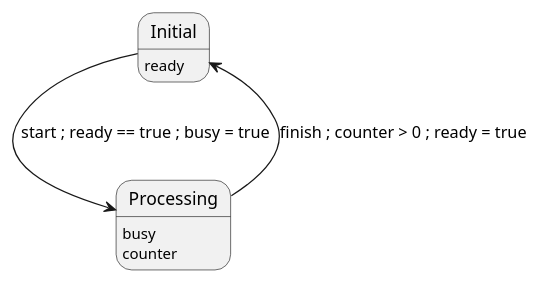
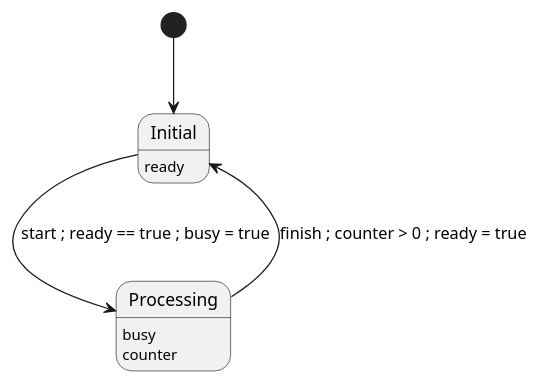
Before and after one commit to Kuniwak/puml-parallel: the diagram in examples/valid/test_multiline.puml, drawn with PlantUML. The commit also changed 7 other files, not shown here.

```diff
--- a/examples/valid/test_multiline.puml
+++ b/examples/valid/test_multiline.puml
@@ -1,17 +1,19 @@
 @startuml
 
 
 state "Initial" as s0
 
 s0: ready
 
 
 state "Processing" as s1
 s1: busy
 s1: counter
 
+[*] --> s0
+
 s0 --> s1 : start ; ready == true ; busy = true
 
 s1 --> s0 : finish ; counter > 0 ; ready = true
 
 @enduml
```
